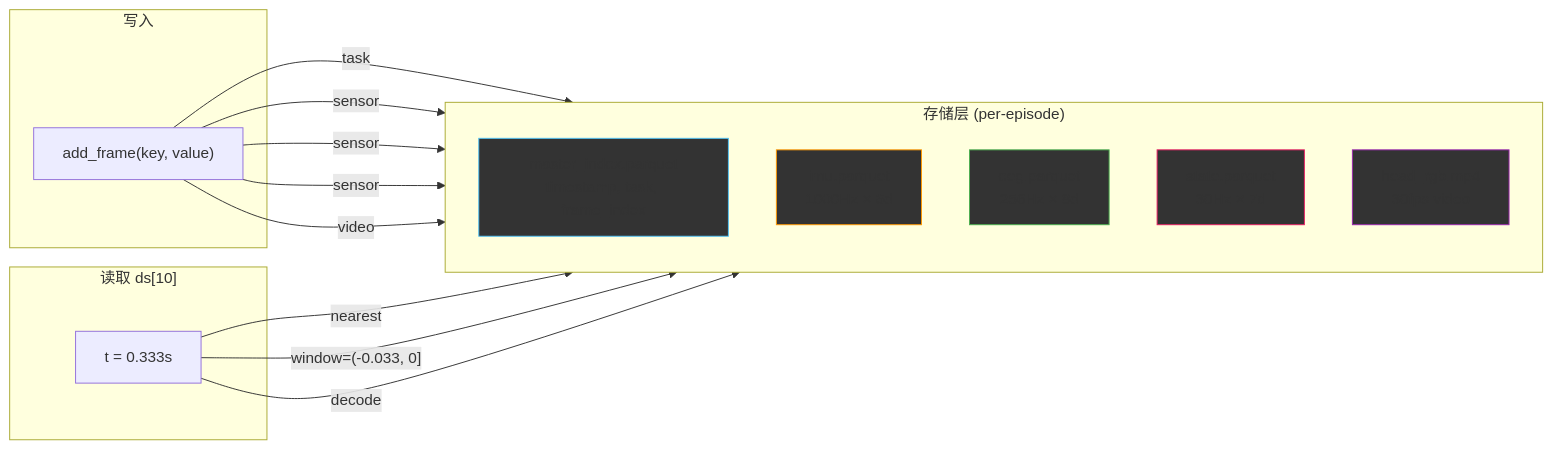
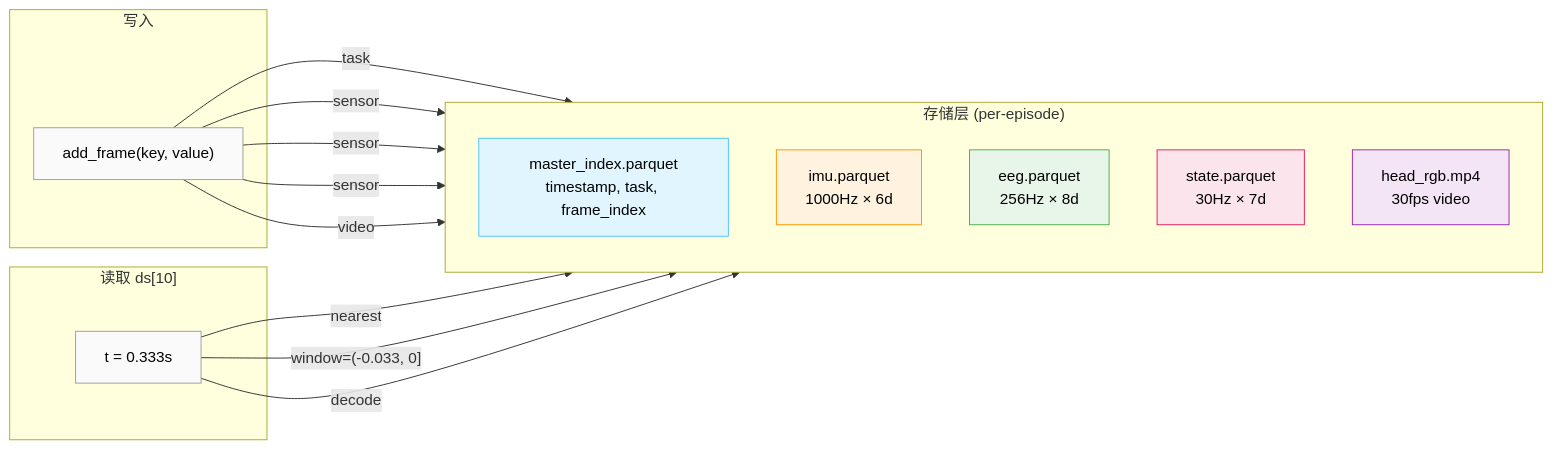
One commit to Koorye/Multi-Frequency-LeRobot changed the first of 5 diagrams in README.md. Above: the diagram before and after it, drawn with Mermaid. The commit also changed other lines of this file, not shown here.

````diff
--- a/README.md
+++ b/README.md
@@ -53,30 +51,32 @@
 ```mermaid
 flowchart LR
     subgraph Storage["存储层 (per-episode)"]
         direction TB
         MI["master_index.parquet<br/>timestamp, task, frame_index"]
         P1["imu.parquet<br/>1000Hz × 6d"]
         P2["eeg.parquet<br/>256Hz × 8d"]
         P3["state.parquet<br/>30Hz × 7d"]
         V1["head_rgb.mp4<br/>30fps video"]
     end
 
     subgraph Write["写入"]
         AF["add_frame(key, value)"] -->|task| MI
         AF -->|sensor| P1 & P2 & P3
         AF -->|video| V1
     end
 
     subgraph Read["读取 ds[10]"]
         TS["t = 0.333s"]
         TS -->|nearest| P3
         TS -->|"window=(-0.033, 0]"| P1
         TS -->|decode| V1
     end
 
-    style MI fill:#333,stroke:#4fc3f7
-    style P1 fill:#333,stroke:#ff9800
-    style P2 fill:#333,stroke:#4caf50
-    style P3 fill:#333,stroke:#e91e63
-    style V1 fill:#333,stroke:#9c27b0
+    style MI fill:#e1f5fe,stroke:#4fc3f7,color:#000
+    style P1 fill:#fff3e0,stroke:#ff9800,color:#000
+    style P2 fill:#e8f5e9,stroke:#4caf50,color:#000
+    style P3 fill:#fce4ec,stroke:#e91e63,color:#000
+    style V1 fill:#f3e5f5,stroke:#9c27b0,color:#000
+    style AF fill:#fafafa,stroke:#9e9e9e,color:#000
+    style TS fill:#fafafa,stroke:#9e9e9e,color:#000
 ```
````
